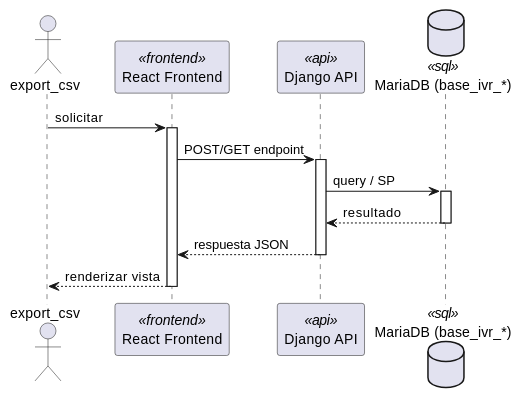
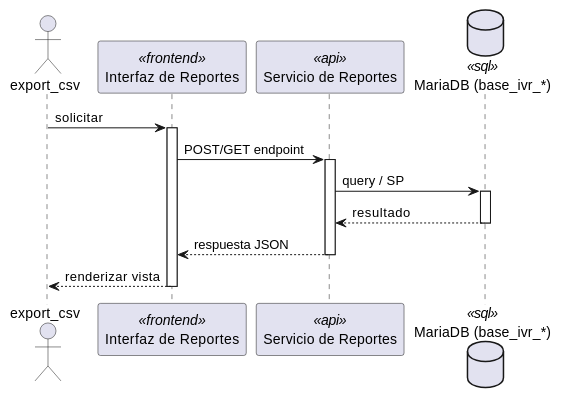
The first of 2 diagrams in source/arquitectura-tecnica/DesignView/rpt-04.rst (jcg-admin/IACT-docs), drawn with PlantUML before and after one commit. The commit also changed other lines of this file and 243 other files, not shown here.

First line of the commit message:
Add missing diagrams and fix participant names across Kruchten views

```diff
--- a/source/arquitectura-tecnica/DesignView/rpt-04.rst
+++ b/source/arquitectura-tecnica/DesignView/rpt-04.rst
@@ -22,28 +22,28 @@
 .. uml::
  :caption: UC_RPT_04 — Design View (secuencia)
 
  @startuml
 
  actor "export_csv" as export_csv
- participant "React Frontend" as Frontend <<frontend>>
- participant "Django API" as APIServer <<api>>
- database "MariaDB (base_ivr_*)" as BaseDatos <<sql>>
+ participant "Interfaz de Reportes" as Iface <<frontend>>
+ participant "Servicio de Reportes" as SvcNode <<api>>
+ database "MariaDB (base_ivr_*)" as Store <<sql>>
 
- export_csv -> Frontend : solicitar
- activate Frontend
+ export_csv -> Iface : solicitar
+ activate Iface
 
- Frontend -> APIServer : POST/GET endpoint
- activate APIServer
+ Iface -> SvcNode : POST/GET endpoint
+ activate SvcNode
 
- APIServer -> BaseDatos : query / SP
- activate BaseDatos
- BaseDatos --> APIServer : resultado
- deactivate BaseDatos
+ SvcNode -> Store : query / SP
+ activate Store
+ Store --> SvcNode : resultado
+ deactivate Store
 
- APIServer --> Frontend : respuesta JSON
- deactivate APIServer
+ SvcNode --> Iface : respuesta JSON
+ deactivate SvcNode
 
- Frontend --> export_csv : renderizar vista
- deactivate Frontend
+ Iface --> export_csv : renderizar vista
+ deactivate Iface
 
  @enduml
```
